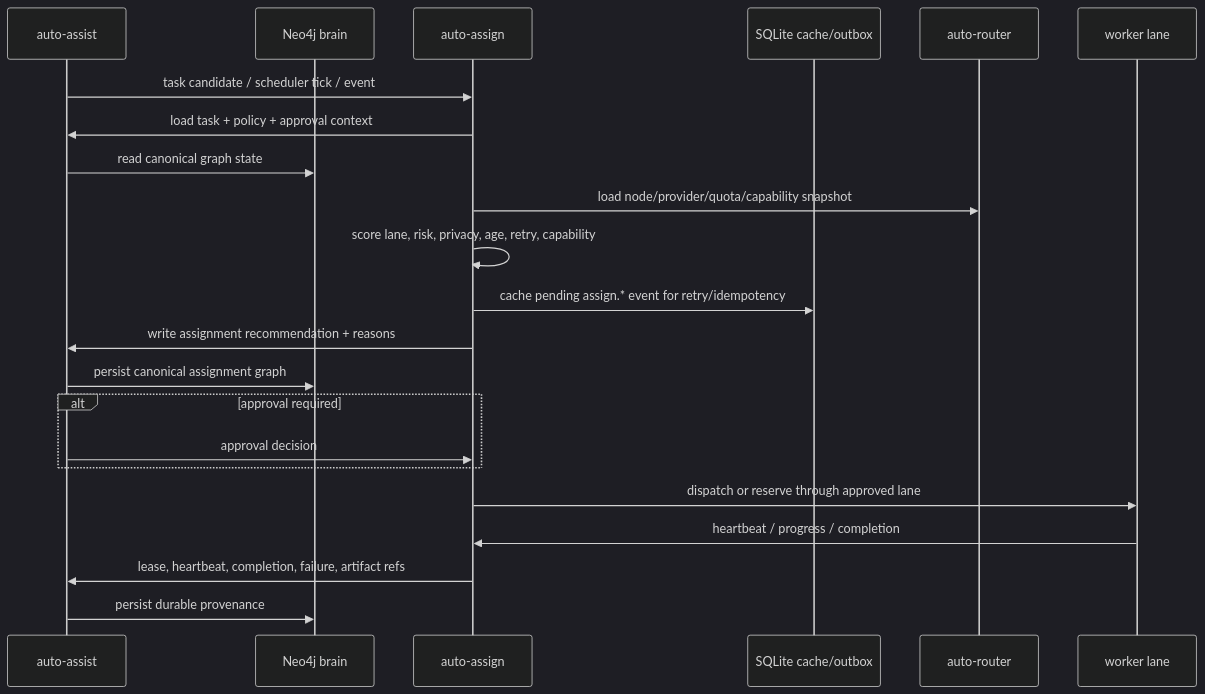
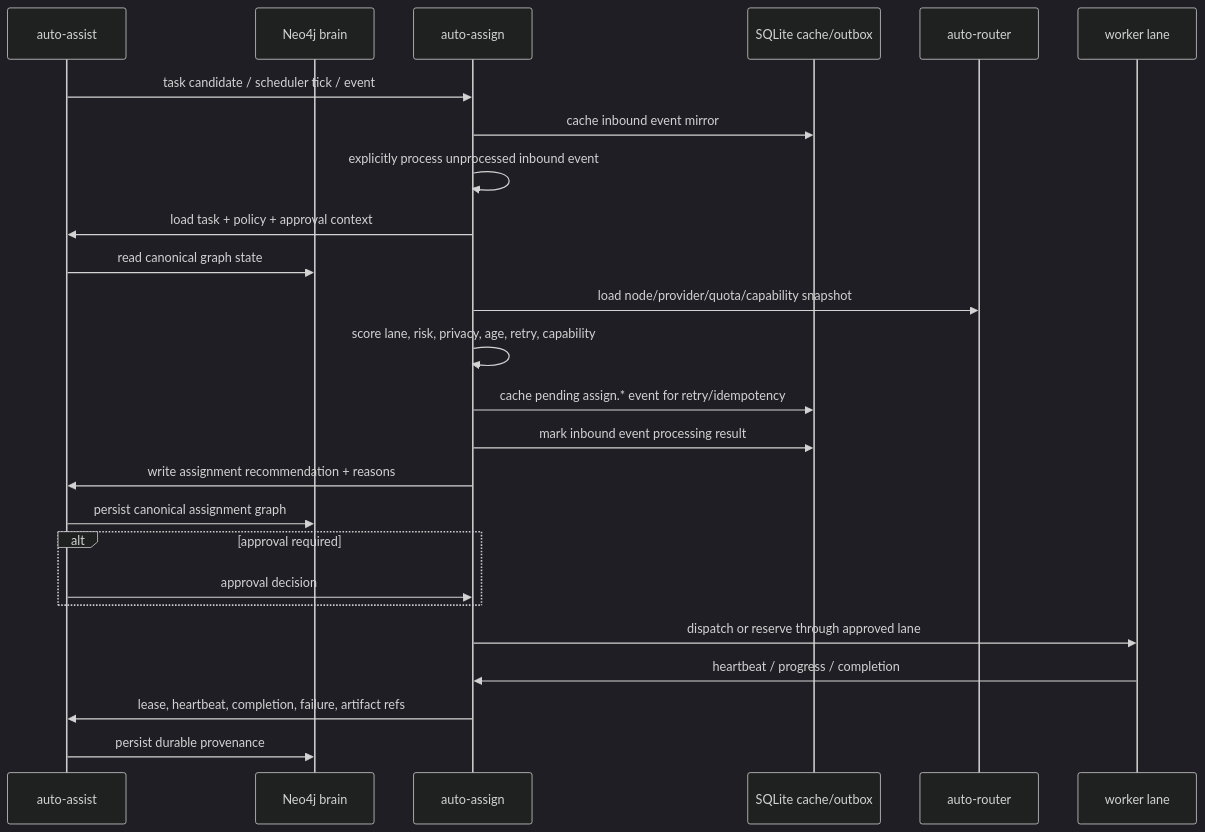
Before and after one commit to scottjoyner/auto-assign: the second of 2 diagrams in README.md, drawn with Mermaid (dark theme). The commit also changed other lines of this file, not shown here.

Commit message:
docs: document inbound event processing state

````diff
--- a/README.md
+++ b/README.md
@@ -64,25 +64,28 @@
 ```mermaid
 sequenceDiagram
     participant AX as auto-assist
     participant N as Neo4j brain
     participant AA as auto-assign
     participant C as SQLite cache/outbox
     participant AR as auto-router
     participant W as worker lane
 
     AX->>AA: task candidate / scheduler tick / event
+    AA->>C: cache inbound event mirror
+    AA->>AA: explicitly process unprocessed inbound event
     AA->>AX: load task + policy + approval context
     AX->>N: read canonical graph state
     AA->>AR: load node/provider/quota/capability snapshot
     AA->>AA: score lane, risk, privacy, age, retry, capability
     AA->>C: cache pending assign.* event for retry/idempotency
+    AA->>C: mark inbound event processing result
     AA->>AX: write assignment recommendation + reasons
     AX->>N: persist canonical assignment graph
     alt approval required
         AX->>AA: approval decision
     end
     AA->>W: dispatch or reserve through approved lane
     W->>AA: heartbeat / progress / completion
     AA->>AX: lease, heartbeat, completion, failure, artifact refs
     AX->>N: persist durable provenance
 ```
````
